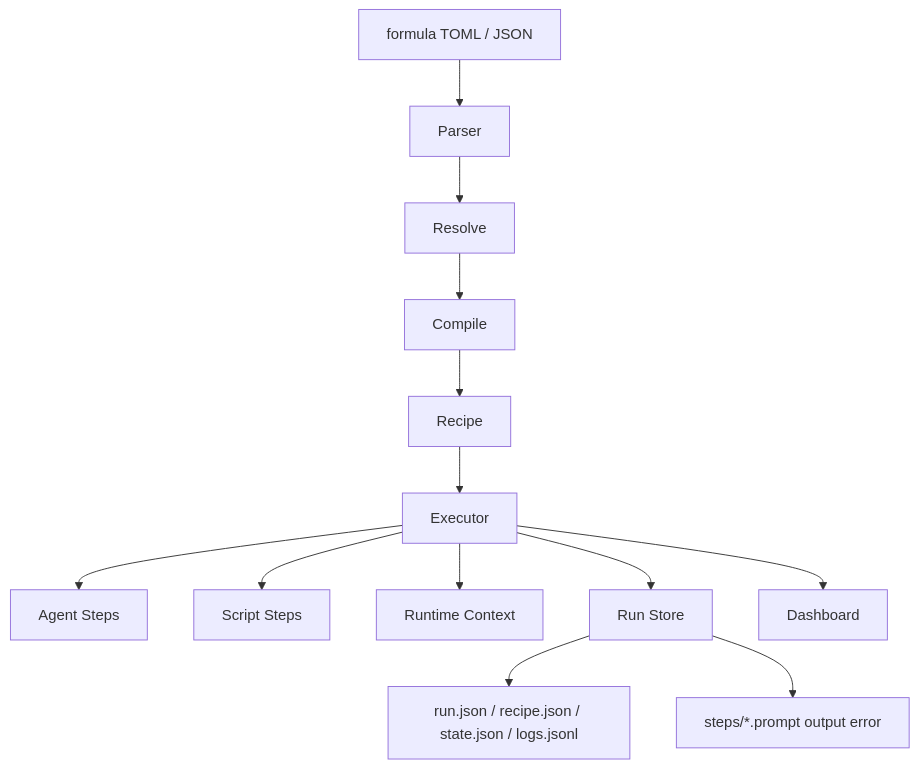
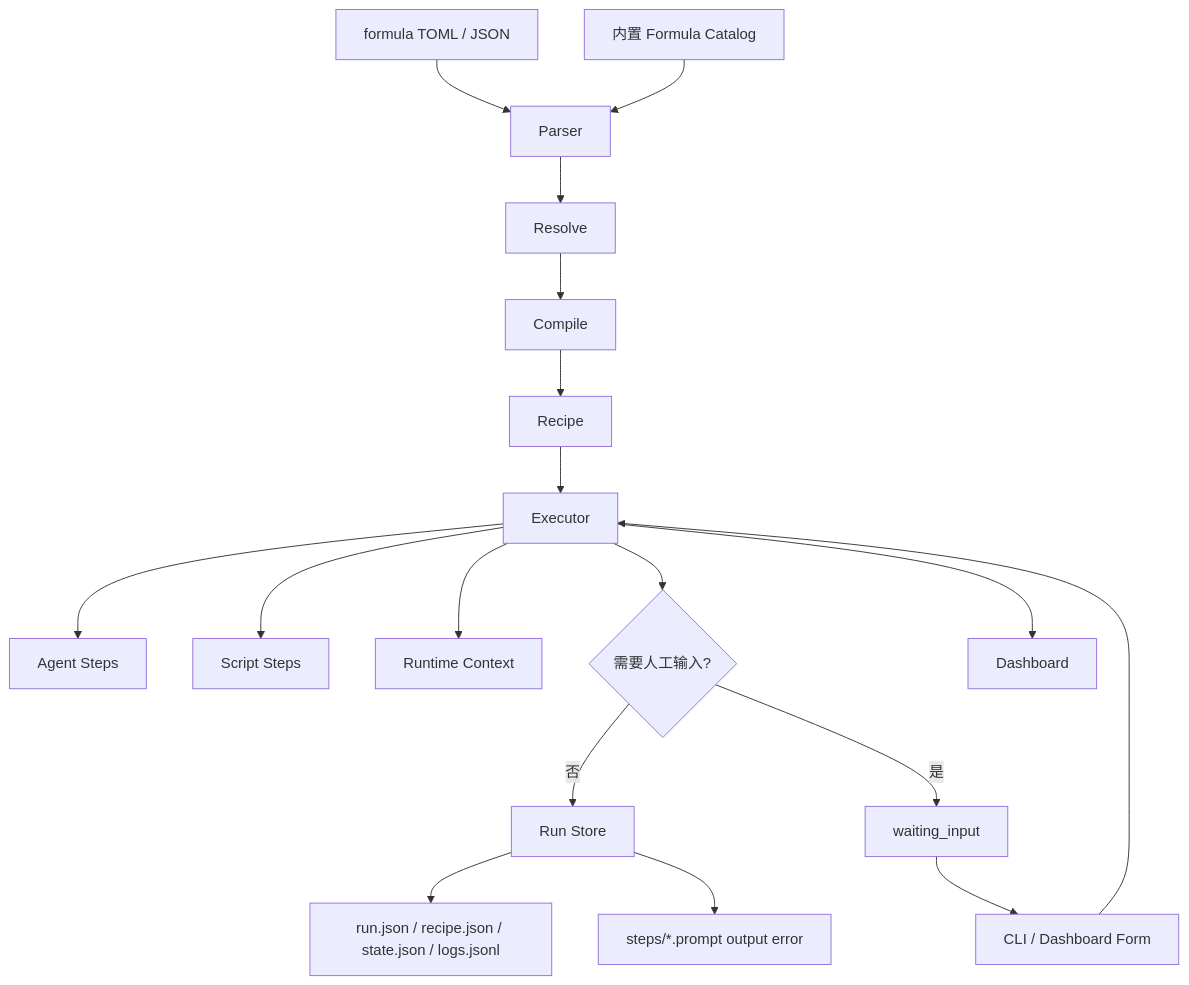
One commit to sjzsdu/tt changed the first of 8 diagrams in ai-docs/formula-system.md. Above: the diagram before and after it, drawn with Mermaid. The commit also changed other lines of this file and 2 other files, not shown here.

Commit message:
docs(formula): document builtins and human input

````diff
--- a/ai-docs/formula-system.md
+++ b/ai-docs/formula-system.md
@@ -13,15 +13,20 @@
 ```mermaid
 flowchart TD
     A[formula TOML / JSON] --> B[Parser]
+    A0[内置 Formula Catalog] --> B
     B --> C[Resolve]
     C --> D[Compile]
     D --> E[Recipe]
     E --> F[Executor]
     F --> G[Agent Steps]
     F --> H[Script Steps]
     F --> I[Runtime Context]
-    F --> J[Run Store]
+    F --> X{需要人工输入?}
+    X -->|否| J[Run Store]
+    X -->|是| Y[waiting_input]
+    Y --> Z[CLI / Dashboard Form]
+    Z --> F
     J --> K[run.json / recipe.json / state.json / logs.jsonl]
     J --> L[steps/*.prompt output error]
     F --> M[Dashboard]
 ```
````
